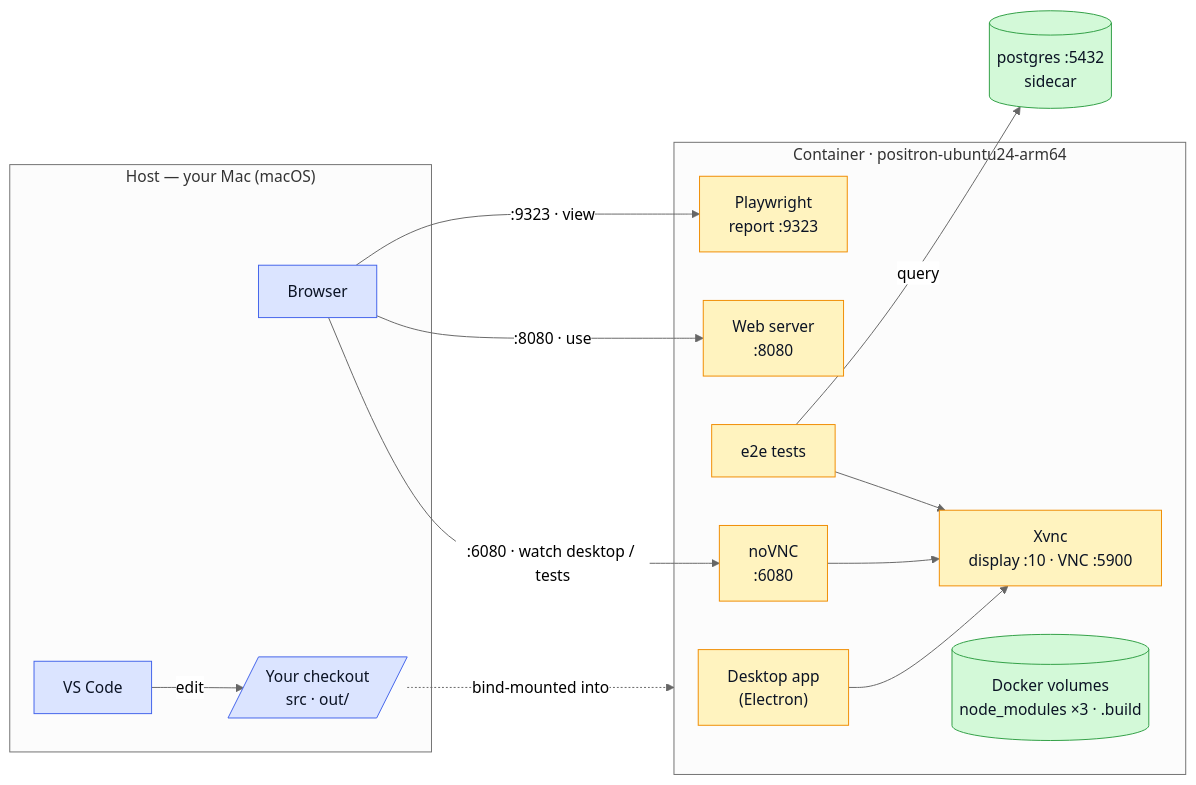
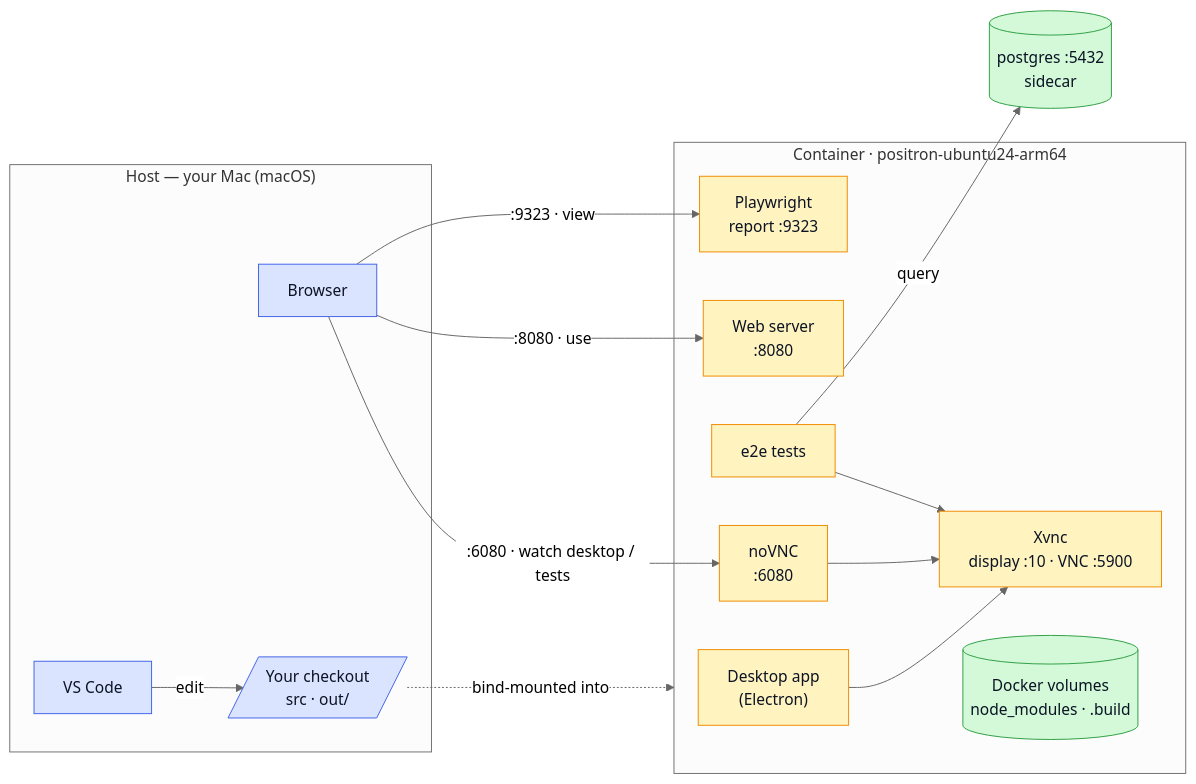
One commit to posit-dev/positron changed the diagram in .devcontainer/ci-arm/README.md. Above: the diagram before and after it, drawn with Mermaid (neutral theme).

Commit message:
ci-arm: drop cryptic "×3" from the volumes node
"node_modules ×3" wasn't clear (it meant root + e2e + remote node_modules).
The count isn't the diagram's point and the storage table lists the three
specific volumes, so just say "node_modules · .build".

````diff
--- a/.devcontainer/ci-arm/README.md
+++ b/.devcontainer/ci-arm/README.md
@@ -147,36 +147,36 @@
 ```mermaid
 flowchart LR
     subgraph host["Host — your Mac (macOS)"]
         code["VS Code"]
         web["Browser"]
         src[/"Your checkout<br/>src · out/"/]
     end
     subgraph ctr["Container · positron-ubuntu24-arm64"]
         desk["Desktop app<br/>(Electron)"]
         srv["Web server<br/>:8080"]
         e2e["e2e tests"]
         nov["noVNC<br/>:6080"]
         xvnc["Xvnc<br/>display :10 · VNC :5900"]
         rep["Playwright<br/>report :9323"]
-        vols[("Docker volumes<br/>node_modules ×3 · .build")]
+        vols[("Docker volumes<br/>node_modules · .build")]
     end
     pg[("postgres :5432<br/>sidecar")]
 
     code -->|edit| src
     src -. bind-mounted into .-> ctr
     desk --> xvnc
     e2e --> xvnc
     nov --> xvnc
     web -->|":6080 · watch desktop / tests"| nov
     web -->|":8080 · use"| srv
     web -->|":9323 · view"| rep
     e2e -->|query| pg
 
     classDef hostcls fill:#dbe4ff,stroke:#4263eb,color:#0b1324
     classDef contcls fill:#fff3bf,stroke:#f08c00,color:#0b1324
     classDef storcls fill:#d3f9d8,stroke:#2f9e44,color:#0b1324
     class code,web hostcls
     class desk,srv,e2e,nov,xvnc,rep contcls
     class src hostcls
     class vols,pg storcls
 ```
````
